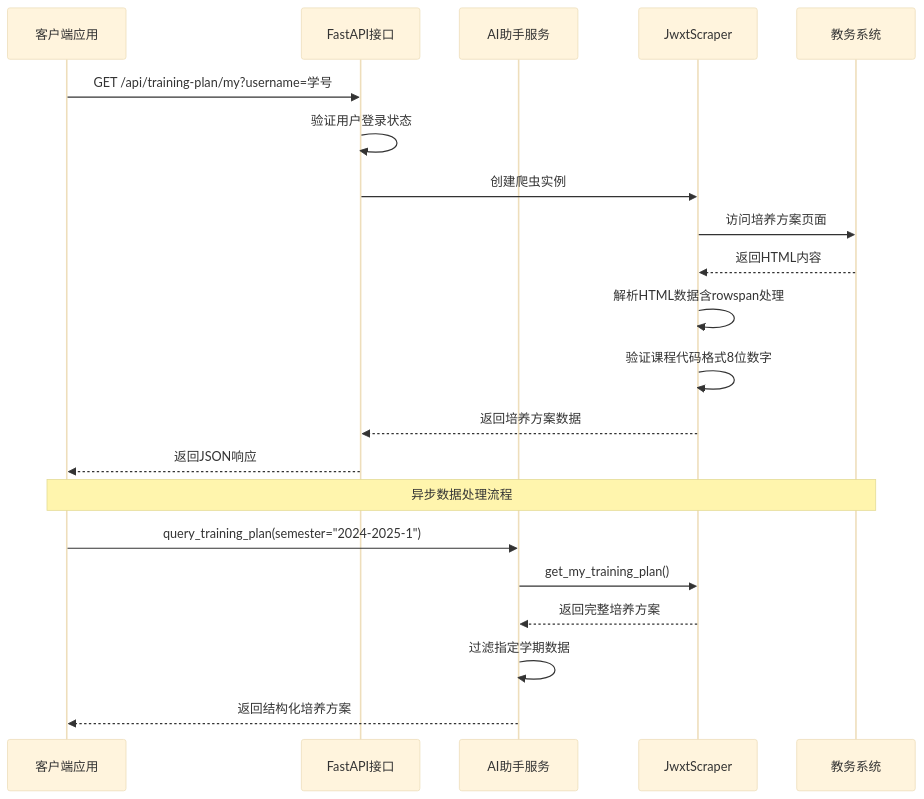
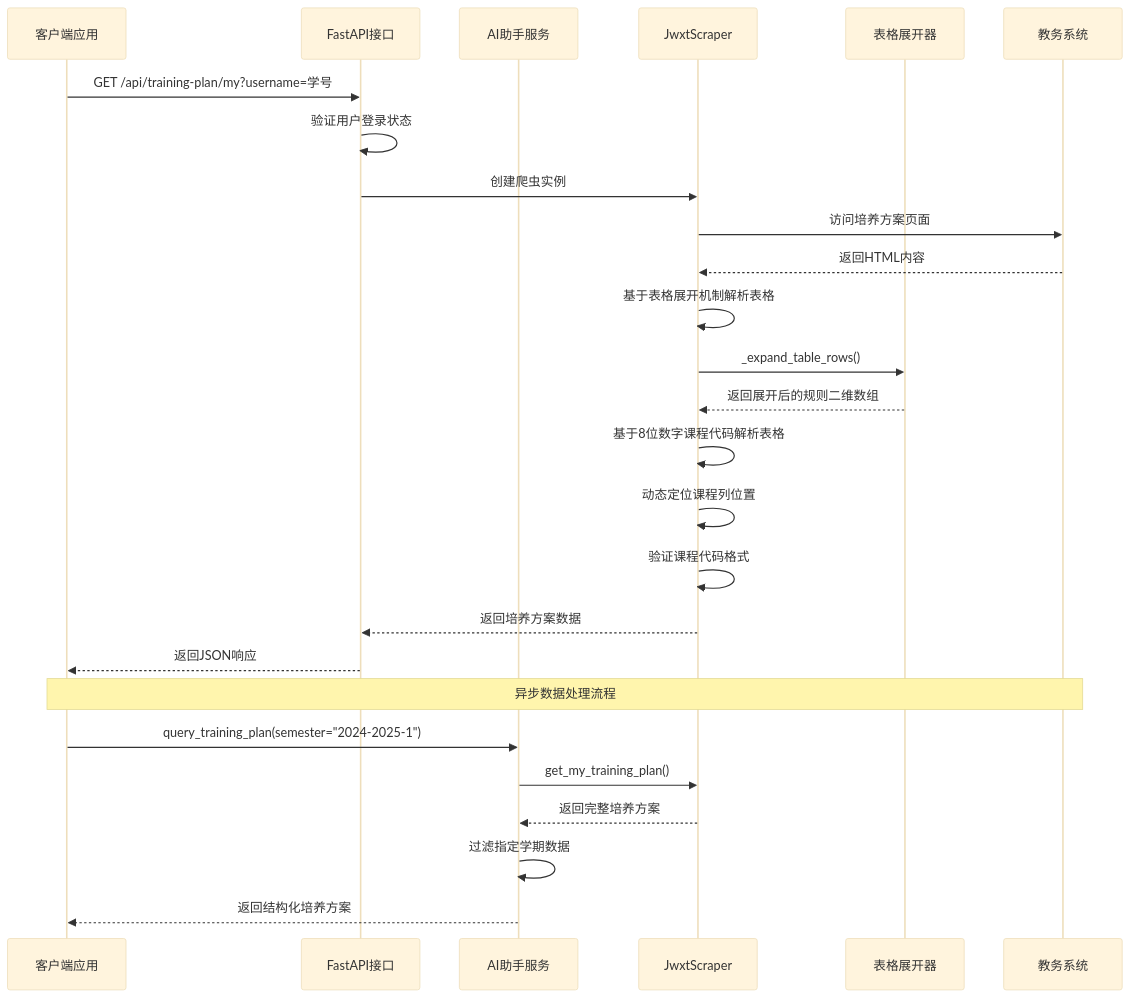
One commit to ghbbn053-ship-itsoulddog/soulddog changed the second of 10 diagrams in .qoder/repowiki/zh/content/后端API文档/学术数据查询API/培养方案查询API.md. Above: the diagram before and after it, drawn with Mermaid (base theme). The commit also changed other lines of this file and 119 other files, not shown here.

````diff
--- a/.qoder/repowiki/zh/content/后端API文档/学术数据查询API/培养方案查询API.md
+++ b/.qoder/repowiki/zh/content/后端API文档/学术数据查询API/培养方案查询API.md
@@ -131,23 +135,28 @@
 ```mermaid
 sequenceDiagram
 participant Client as 客户端应用
 participant API as FastAPI接口
 participant Qwen as AI助手服务
 participant Scraper as JwxtScraper
+participant TableExpander as 表格展开器
 participant EduSystem as 教务系统
 Client->>API : GET /api/training-plan/my?username=学号
 API->>API : 验证用户登录状态
 API->>Scraper : 创建爬虫实例
 Scraper->>EduSystem : 访问培养方案页面
 EduSystem-->>Scraper : 返回HTML内容
-Scraper->>Scraper : 解析HTML数据含rowspan处理
-Scraper->>Scraper : 验证课程代码格式8位数字
+Scraper->>Scraper : 基于表格展开机制解析表格
+Scraper->>TableExpander : _expand_table_rows()
+TableExpander-->>Scraper : 返回展开后的规则二维数组
+Scraper->>Scraper : 基于8位数字课程代码解析表格
+Scraper->>Scraper : 动态定位课程列位置
+Scraper->>Scraper : 验证课程代码格式
 Scraper-->>API : 返回培养方案数据
 API-->>Client : 返回JSON响应
 Note over Client,EduSystem : 异步数据处理流程
 Client->>Qwen : query_training_plan(semester="2024-2025-1")
 Qwen->>Scraper : get_my_training_plan()
 Scraper-->>Qwen : 返回完整培养方案
 Qwen->>Qwen : 过滤指定学期数据
 Qwen-->>Client : 返回结构化培养方案
 ```
````
